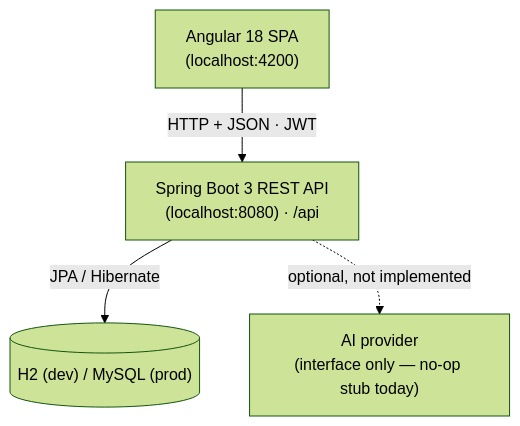
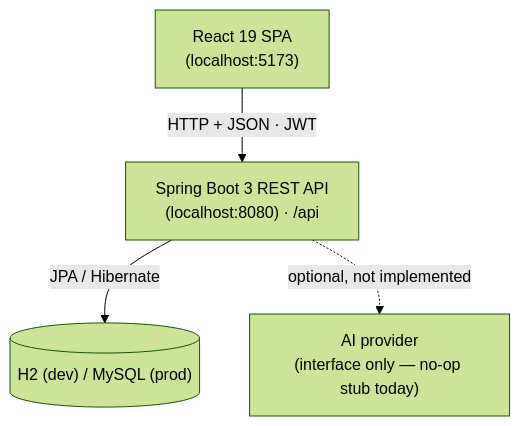
One commit to elel-m-b/CareerPilot changed the diagram in README.md. Above: the diagram before and after it, drawn with Mermaid (forest theme). The commit also changed other lines of this file and 173 other files, not shown here.

````diff
--- a/README.md
+++ b/README.md
@@ -76,11 +98,11 @@
 ```mermaid
 graph TD
-    SPA["Angular 18 SPA<br/>(localhost:4200)"]
+    SPA["React 19 SPA<br/>(localhost:5173)"]
     API["Spring Boot 3 REST API<br/>(localhost:8080) · /api"]
     DB[("H2 (dev) / MySQL (prod)")]
     AI["AI provider<br/>(interface only — no-op stub today)"]
 
     SPA -- "HTTP + JSON · JWT" --> API
     API -- "JPA / Hibernate" --> DB
     API -. optional, not implemented .-> AI
 ```
````
